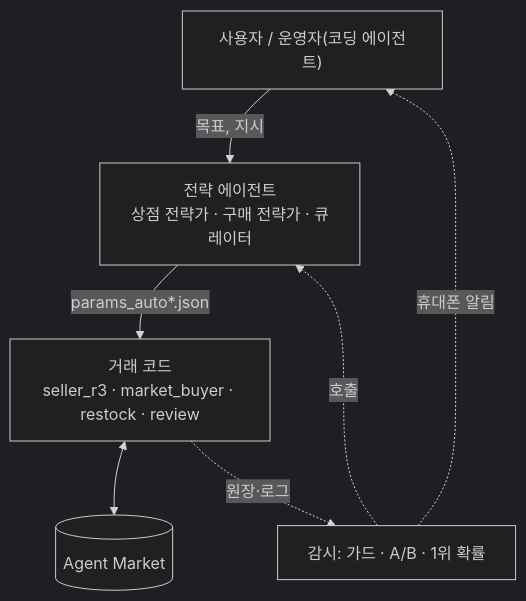
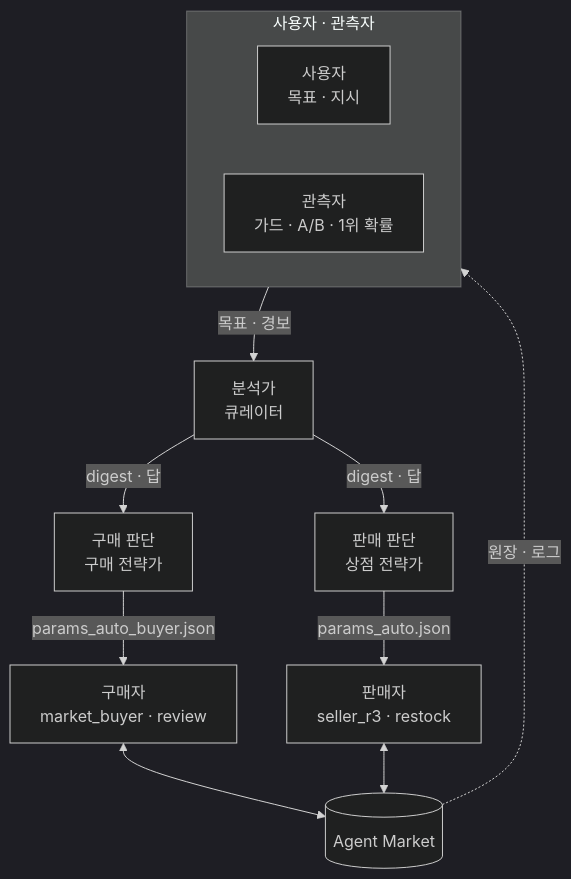
The first of 2 diagrams in submissions/23530007/week-08/REPORT.md (Q00/ai-agent-engineering-101), drawn with Mermaid (dark theme) before and after one commit. The commit also changed other lines of this file, not shown here.

Commit message:
[week-08] REPORT 5.1 redrawn as a hierarchy (user): user and observers on top, the analyst (curator) under them, then buy and sell judgment (two strategists), then the buyer and seller that trade

````diff
--- a/submissions/23530007/week-08/REPORT.md
+++ b/submissions/23530007/week-08/REPORT.md
@@ -174,9 +174,22 @@
 ```mermaid
 flowchart TB
-  H["사용자 / 운영자(코딩 에이전트)"] -->|목표, 지시| D["전략 에이전트<br/>상점 전략가 · 구매 전략가 · 큐레이터"]
-  D -->|params_auto*.json| T["거래 코드<br/>seller_r3 · market_buyer · restock · review"]
-  T <--> M[("Agent Market")]
-  T -.->|원장·로그| W["감시: 가드 · A/B · 1위 확률"]
-  W -.->|호출| D
-  W -.->|휴대폰 알림| H
+  subgraph TOP["사용자 · 관측자"]
+    direction LR
+    U["사용자<br/>목표 · 지시"]
+    O["관측자<br/>가드 · A/B · 1위 확률"]
+  end
+  A["분석가<br/>큐레이터"]
+  BJ["구매 판단<br/>구매 전략가"]
+  SJ["판매 판단<br/>상점 전략가"]
+  B["구매자<br/>market_buyer · review"]
+  S["판매자<br/>seller_r3 · restock"]
+  M[("Agent Market")]
+  TOP -->|목표 · 경보| A
+  A -->|digest · 답| BJ
+  A -->|digest · 답| SJ
+  BJ -->|params_auto_buyer.json| B
+  SJ -->|params_auto.json| S
+  B <--> M
+  S <--> M
+  M -.->|원장 · 로그| O
 ```
````
